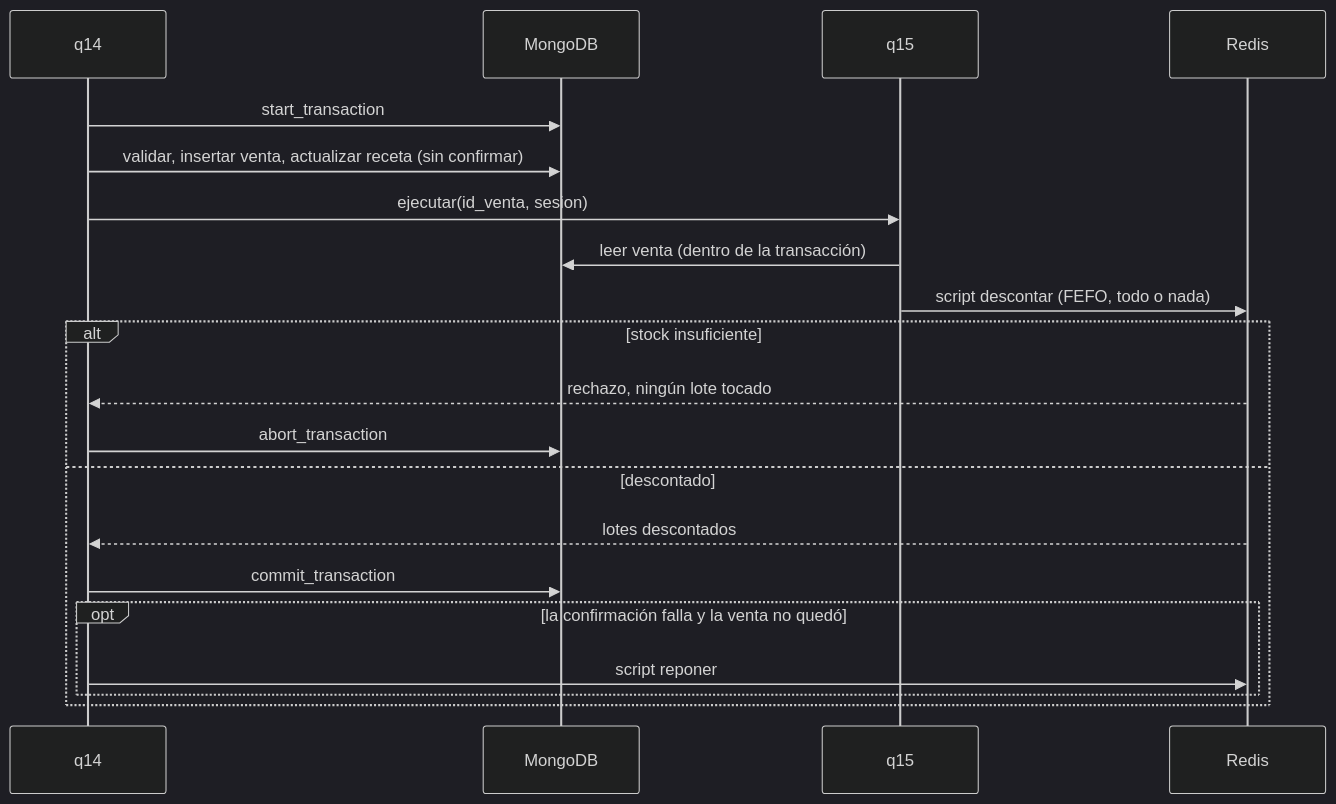
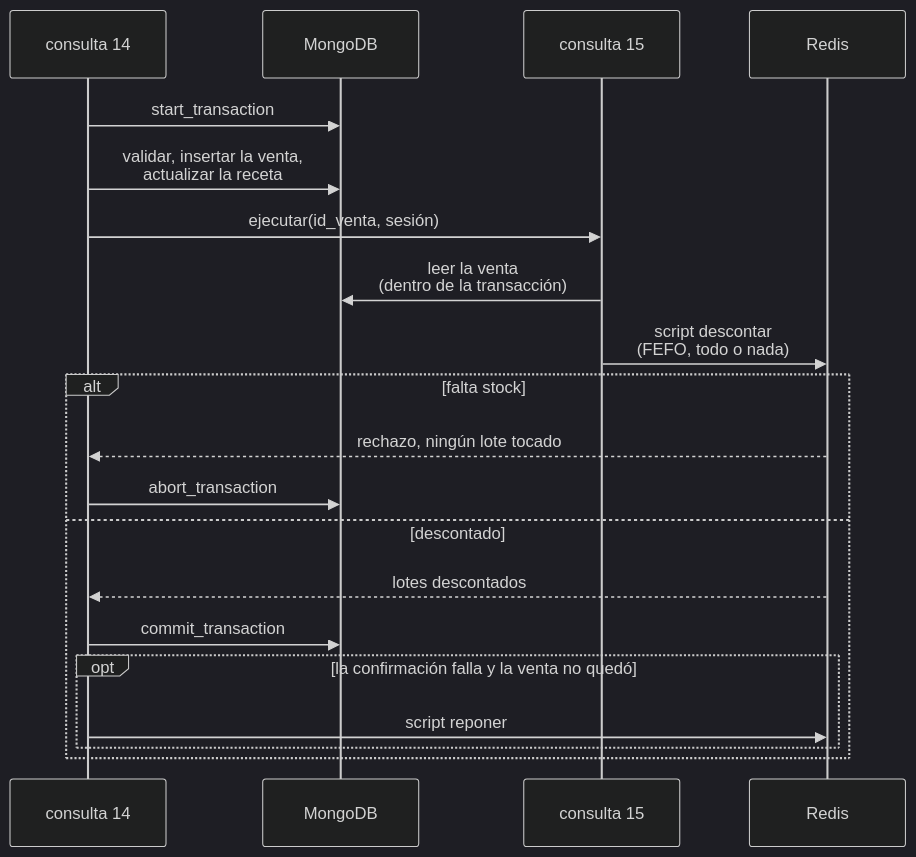
The fourth of 4 diagrams in docs/informe.md (franciscocostaa/TPO-BD2), drawn with Mermaid (dark theme) before and after one commit. The commit also changed other lines of this file and 1 other file, not shown here.

````diff
--- a/docs/informe.md
+++ b/docs/informe.md
@@ -2261,22 +1156,22 @@
 ```mermaid
 sequenceDiagram
-    participant Q14 as q14
+    participant Q14 as consulta 14
     participant M as MongoDB
-    participant Q15 as q15
+    participant Q15 as consulta 15
     participant R as Redis
     Q14->>M: start_transaction
-    Q14->>M: validar, insertar venta, actualizar receta (sin confirmar)
-    Q14->>Q15: ejecutar(id_venta, sesion)
-    Q15->>M: leer venta (dentro de la transacción)
-    Q15->>R: script descontar (FEFO, todo o nada)
-    alt stock insuficiente
+    Q14->>M: validar, insertar la venta,<br/>actualizar la receta
+    Q14->>Q15: ejecutar(id_venta, sesión)
+    Q15->>M: leer la venta<br/>(dentro de la transacción)
+    Q15->>R: script descontar<br/>(FEFO, todo o nada)
+    alt falta stock
         R-->>Q14: rechazo, ningún lote tocado
         Q14->>M: abort_transaction
     else descontado
         R-->>Q14: lotes descontados
         Q14->>M: commit_transaction
         opt la confirmación falla y la venta no quedó
             Q14->>R: script reponer
         end
     end
 ```
````
